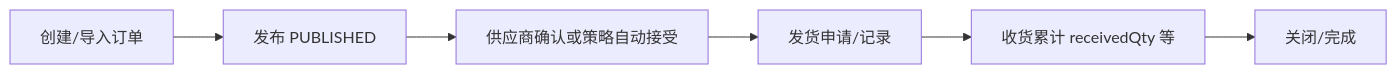
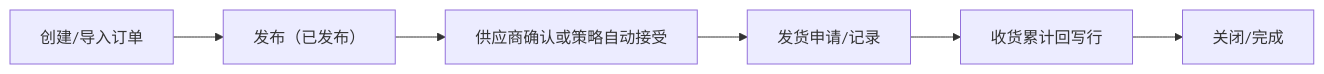
Before and after one commit to jiargcn/MomProductDocument: the diagram in docs/10-SCP-供应链平台/02-采购订单/index.md, drawn with Mermaid. The commit also changed other lines of this file and 11 other files, not shown here.

````diff
--- a/docs/10-SCP-供应链平台/02-采购订单/index.md
+++ b/docs/10-SCP-供应链平台/02-采购订单/index.md
@@ -37,8 +37,8 @@
 ```mermaid
 flowchart LR
-    A["创建/导入订单"] --> B["发布 PUBLISHED"]
+    A["创建/导入订单"] --> B["发布（已发布）"]
     B --> C["供应商确认或策略自动接受"]
     C --> D["发货申请/记录"]
-    D --> E["收货累计 receivedQty 等"]
+    D --> E["收货累计回写行"]
     E --> F["关闭/完成"]
 ```
````
